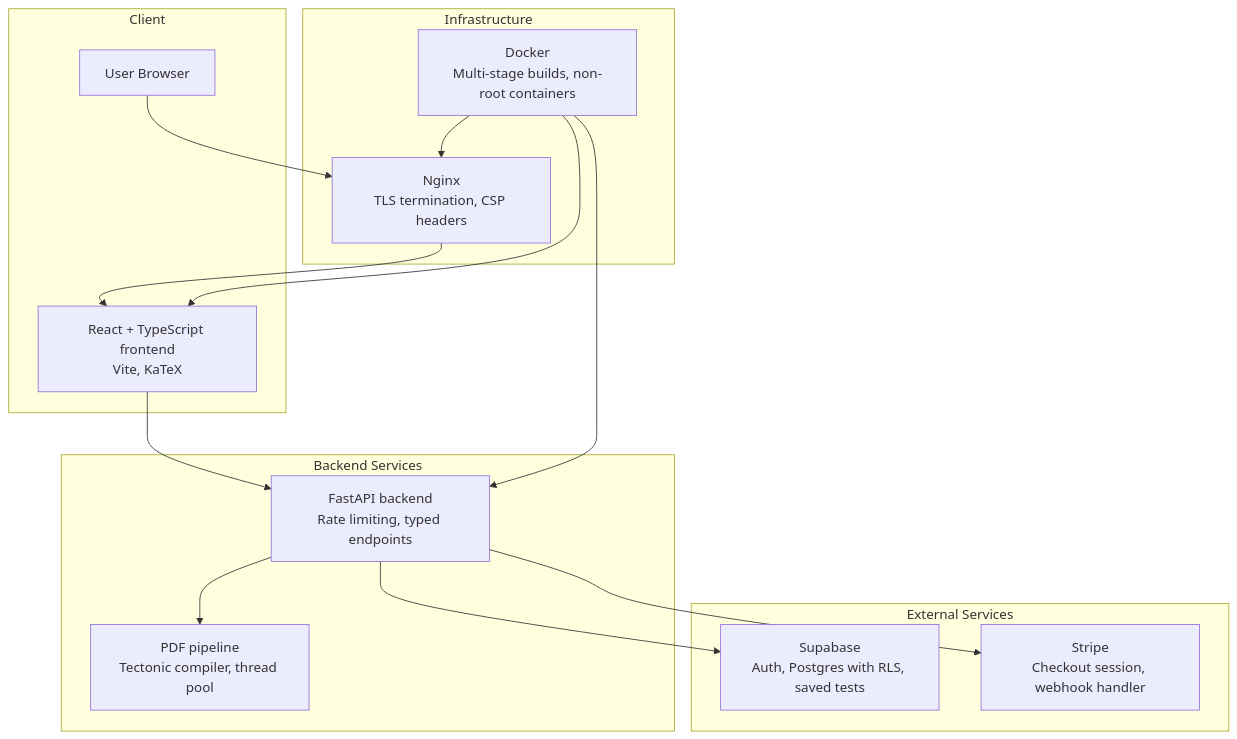
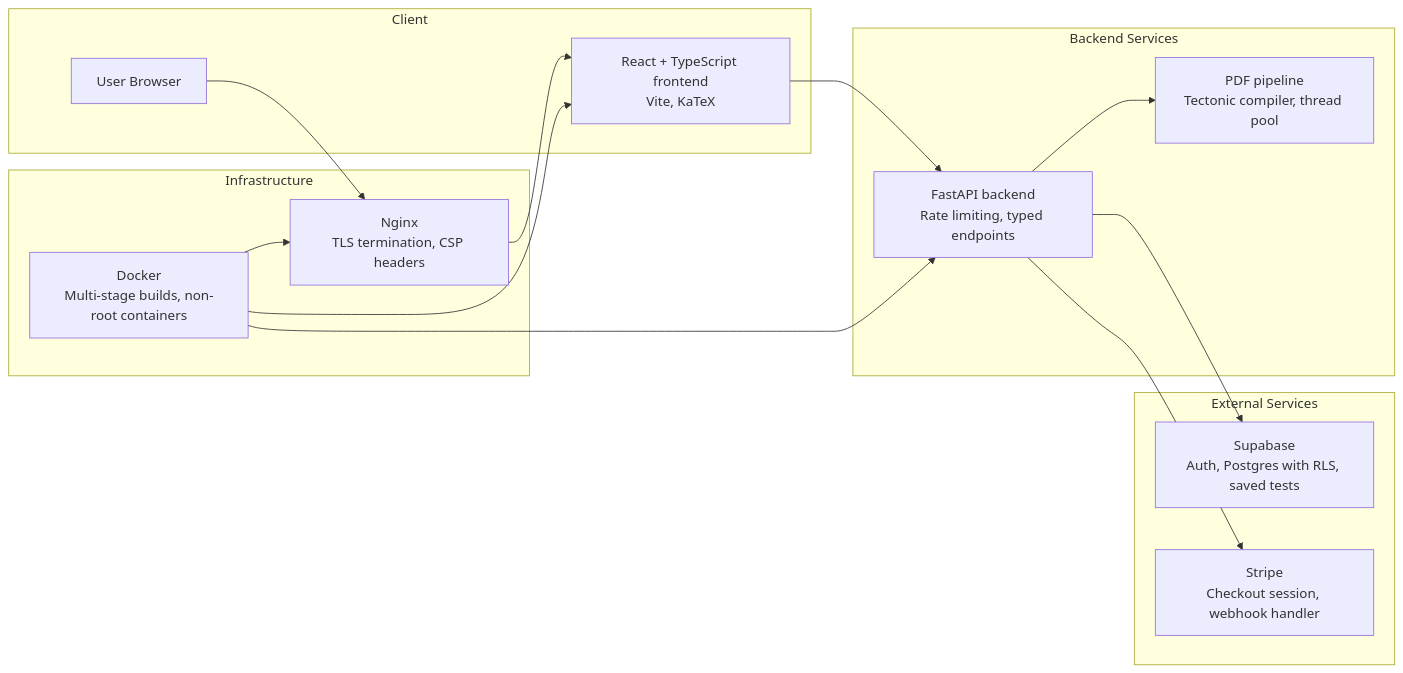
Before and after one commit to Aditya-Tripuraneni/Praxis: the first of 4 diagrams in README.md, drawn with Mermaid. The commit also changed other lines of this file, not shown here.

Commit message:
Adjust architecture layout and CI wording
Agent-Logs-Url: https://github.com/Aditya-Tripuraneni/Praxis/sessions/45debd73-599a-4c9c-a5e9-6d1c7d86d741

````diff
--- a/README.md
+++ b/README.md
@@ -30,28 +30,28 @@
 ```mermaid
-graph TD
+graph LR
   subgraph Client
     Browser[User Browser]
     Frontend[React + TypeScript frontend\nVite, KaTeX]
   end
   subgraph "Backend Services"
     API[FastAPI backend\nRate limiting, typed endpoints]
     PDF[PDF pipeline\nTectonic compiler, thread pool]
   end
   subgraph "External Services"
     Supabase[Supabase\nAuth, Postgres with RLS, saved tests]
     Stripe[Stripe\nCheckout session, webhook handler]
   end
   subgraph Infrastructure
     Nginx[Nginx\nTLS termination, CSP headers]
     Docker[Docker\nMulti-stage builds, non-root containers]
   end
 
   Browser --> Nginx --> Frontend
   Frontend --> API
   API --> Supabase
   API --> Stripe
   API --> PDF
   Docker --> API
   Docker --> Frontend
   Docker --> Nginx
 ```
````
